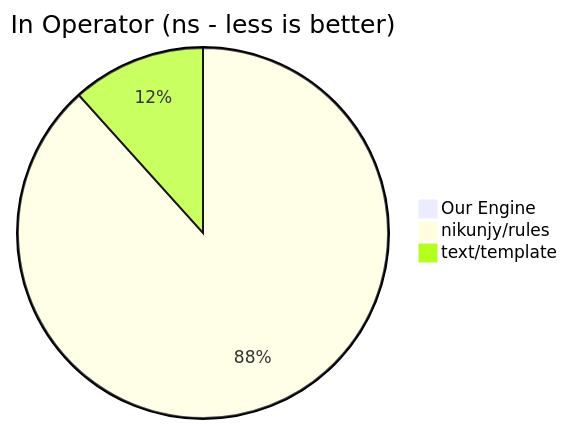
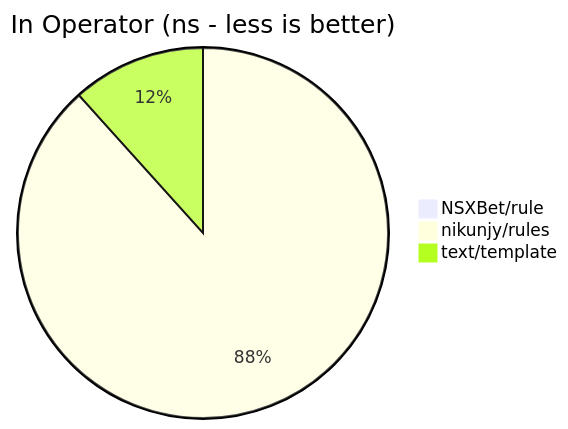
The fourth of 6 diagrams in README.md (NSXBet/rule), drawn with Mermaid before and after one commit. The commit also changed other lines of this file, not shown here.

````diff
--- a/README.md
+++ b/README.md
@@ -500,6 +500,6 @@
 ```mermaid
 pie title In Operator (ns - less is better)
-    "Our Engine" : 34.46
+    "NSXBet/rule" : 34.46
     "nikunjy/rules" : 4663
     "text/template" : 615.9
 ```
````
